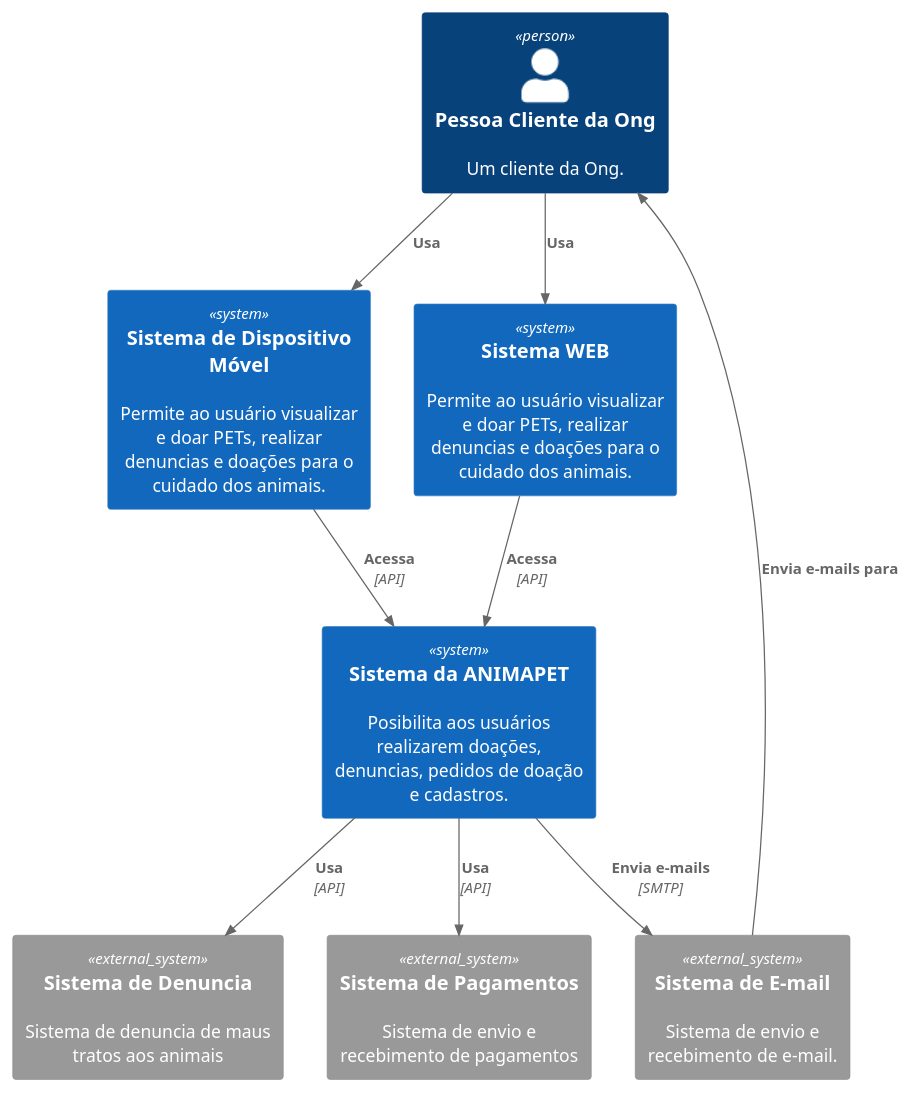
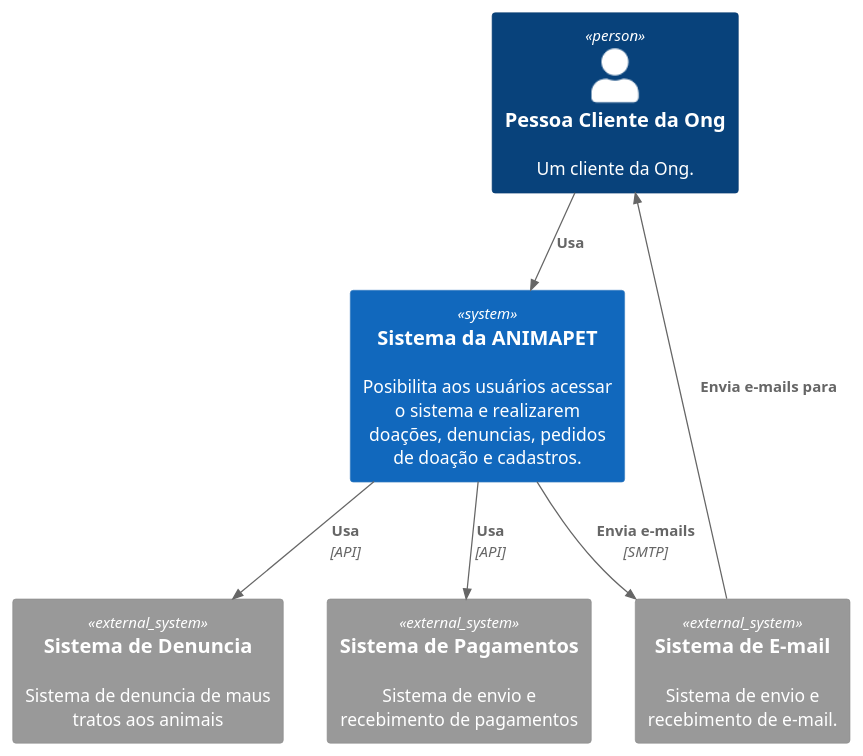
Before and after one commit to andrelquiosi/ANIMAPET: the diagram in src/contexto.puml, drawn with PlantUML.

Commit message:
Update contexto.puml
arrumado a organização do diagrama como conversado com o Eduardo

```diff
--- a/src/contexto.puml
+++ b/src/contexto.puml
@@ -1,28 +1,29 @@
 @startuml ContextoMacro
 !include https://raw.githubusercontent.com/adrianvlupu/C4-PlantUML/latest/C4_Context.puml
 
 
 LAYOUT_TOP_DOWN()
 
 Person(pco, "Pessoa Cliente da Ong", "Um cliente da Ong.")
 
-System(sdi, "Sistema de Dispositivo Móvel", "Permite ao usuário visualizar e doar PETs, realizar denuncias e doações para o cuidado dos animais.")
-System(swb, "Sistema WEB", "Permite ao usuário visualizar e doar PETs, realizar denuncias e doações para o cuidado dos animais.")
-System(sys, "Sistema da ANIMAPET", "Posibilita aos usuários realizarem doações, denuncias, pedidos de doação e cadastros.")
+' System(sdi, "Sistema de Dispositivo Móvel", "Permite ao usuário visualizar e doar PETs, realizar denuncias e doações para o cuidado dos animais.")
+' System(swb, "Sistema WEB", "Permite ao usuário visualizar e doar PETs, realizar denuncias e doações para o cuidado dos animais.")
+System(sys, "Sistema da ANIMAPET", "Posibilita aos usuários acessar o sistema e realizarem doações, denuncias, pedidos de doação e cadastros.")
 System_Ext(ems, "Sistema de E-mail", "Sistema de envio e recebimento de e-mail.")
 System_Ext(spo, "Sistema de Denuncia", "Sistema de denuncia de maus tratos aos animais")
 System_Ext(pix, "Sistema de Pagamentos", "Sistema de envio e recebimento de pagamentos")
 
+' Rel(pco, sdi, "Usa")
+' Rel(pco, swb, "Usa")
+Rel(pco, sys, "Usa")
+' Rel(sdi, sys, "Acessa","API")
+' Rel(swb, sys, "Acessa","API")
 
-Rel(pco, sdi, "Usa")
-Rel(pco, swb, "Usa")
-Rel(sdi, sys, "Acessa","API")
-Rel(swb, sys, "Acessa","API")
+Rel(sys, ems, "Envia e-mails", "SMTP")
 Rel(ems, pco, "Envia e-mails para")
-Rel(sys, ems, "Envia e-mails", "SMTP")
 Rel(sys, spo, "Usa","API")
 Rel(sys, pix, "Usa","API")
 
 
 
 @enduml
```
